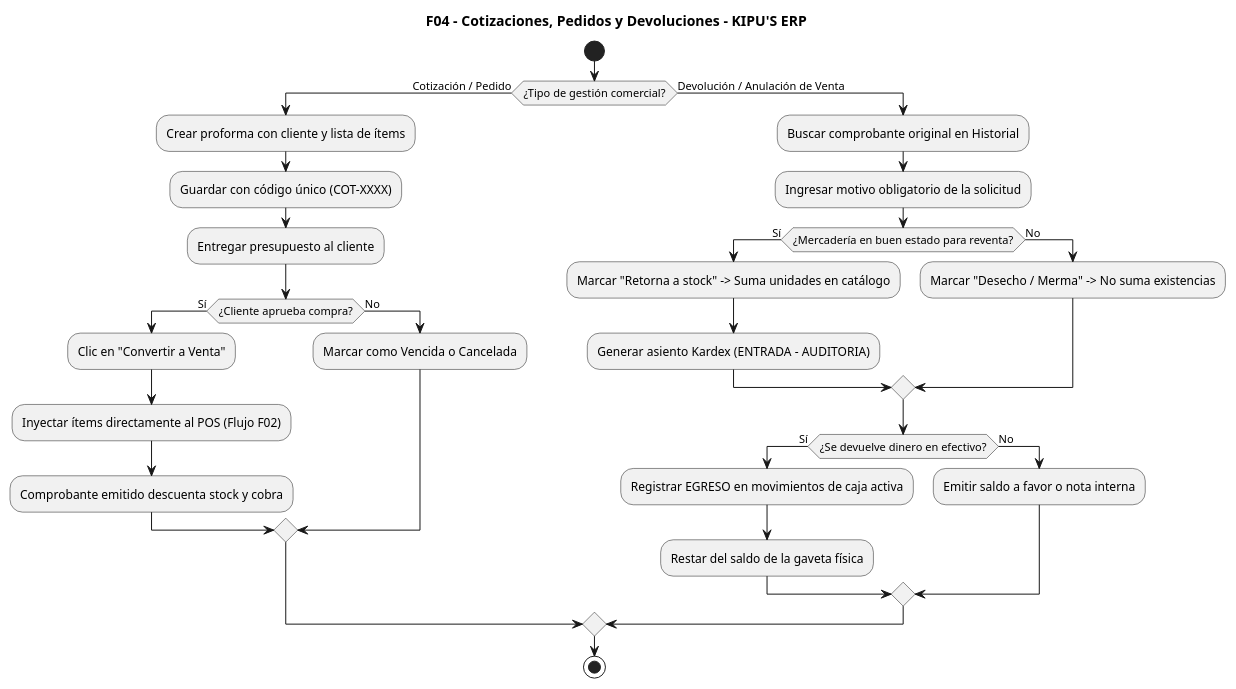
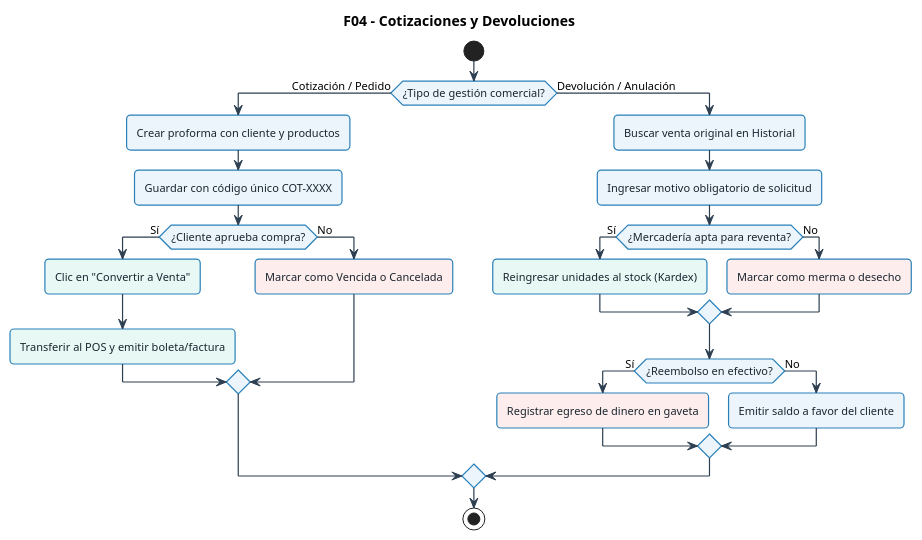
Before and after one commit to xmenil/ERP-KIPUS: the diagram in docs/UML-flujos/04_cotizaciones_devoluciones.puml, drawn with PlantUML. The commit also changed 23 other files, not shown here.

Commit message:
docs(uml): simplificar flujos con estilo Bizagi BPMN coloreado y regenerar imagenes PNG

```diff
--- a/docs/UML-flujos/04_cotizaciones_devoluciones.puml
+++ b/docs/UML-flujos/04_cotizaciones_devoluciones.puml
@@ -1,36 +1,55 @@
 @startuml
-skinparam monochrome true
+skinparam defaultFontName "Segoe UI", Arial, sans-serif
+skinparam defaultFontSize 11
+skinparam roundCorner 8
 skinparam shadowing false
+skinparam ArrowColor #2C3E50
+skinparam ArrowThickness 1.2
 
-title F04 - Cotizaciones, Pedidos y Devoluciones - KIPU'S ERP
+skinparam activity {
+  BackgroundColor #EBF5FB
+  BorderColor #2980B9
+  BorderThickness 1.2
+  FontColor #1A252F
+}
+skinparam decision {
+  BackgroundColor #FEF9E7
+  BorderColor #F39C12
+  BorderThickness 1.2
+  FontColor #7D6608
+}
+skinparam start {
+  Color #27AE60
+}
+skinparam stop {
+  Color #C0392B
+}
+
+title F04 - Cotizaciones y Devoluciones
 
 start
 if (¿Tipo de gestión comercial?) then (Cotización / Pedido)
-  :Crear proforma con cliente y lista de ítems;
-  :Guardar con código único (COT-XXXX);
-  :Entregar presupuesto al cliente;
+  :Crear proforma con cliente y productos;
+  :Guardar con código único COT-XXXX;
   if (¿Cliente aprueba compra?) then (Sí)
-    :Clic en "Convertir a Venta";
-    :Inyectar ítems directamente al POS (Flujo F02);
-    :Comprobante emitido descuenta stock y cobra;
+    #E8F8F5:Clic en "Convertir a Venta";
+    #E8F8F5:Transferir al POS y emitir boleta/factura;
   else (No)
-    :Marcar como Vencida o Cancelada;
+    #FDEDEC:Marcar como Vencida o Cancelada;
   endif
-else (Devolución / Anulación de Venta)
-  :Buscar comprobante original en Historial;
-  :Ingresar motivo obligatorio de la solicitud;
-  if (¿Mercadería en buen estado para reventa?) then (Sí)
-    :Marcar "Retorna a stock" -> Suma unidades en catálogo;
-    :Generar asiento Kardex (ENTRADA - AUDITORIA);
+else (Devolución / Anulación)
+  :Buscar venta original en Historial;
+  :Ingresar motivo obligatorio de solicitud;
+  if (¿Mercadería apta para reventa?) then (Sí)
+    #E8F8F5:Reingresar unidades al stock (Kardex);
   else (No)
-    :Marcar "Desecho / Merma" -> No suma existencias;
+    #FDEDEC:Marcar como merma o desecho;
   endif
-  if (¿Se devuelve dinero en efectivo?) then (Sí)
-    :Registrar EGRESO en movimientos de caja activa;
-    :Restar del saldo de la gaveta física;
+  if (¿Reembolso en efectivo?) then (Sí)
+    #FDEDEC:Registrar egreso de dinero en gaveta;
   else (No)
-    :Emitir saldo a favor o nota interna;
+    #EBF5FB:Emitir saldo a favor del cliente;
   endif
 endif
 stop
 @enduml
```
